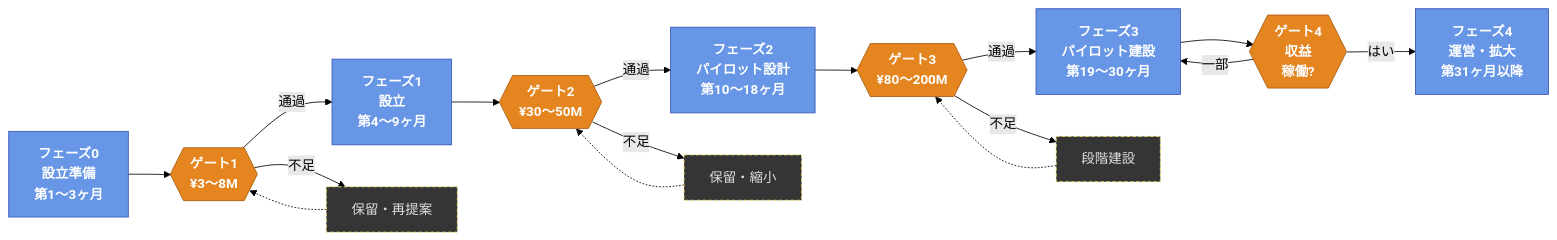
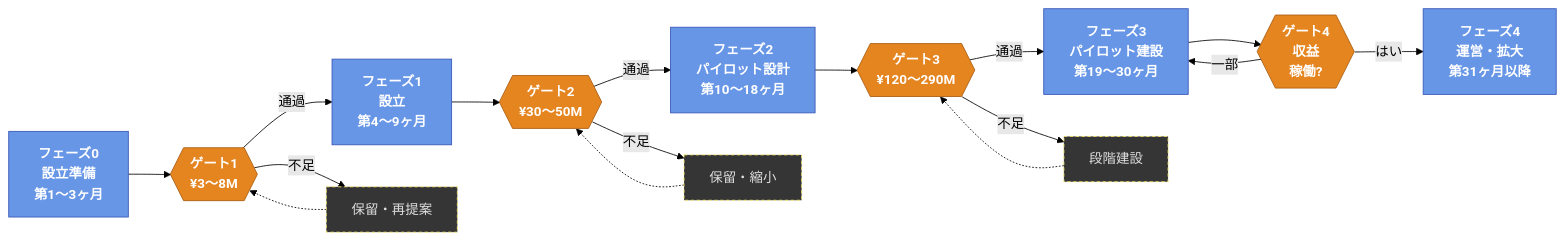
The diagram in README_jp.md (robouden/mitsue-ai-data-center), drawn with Mermaid (forest theme) before and after one commit. The commit also changed other lines of this file and 22 other files, not shown here.

````diff
--- a/README_jp.md
+++ b/README_jp.md
@@ -68,38 +68,38 @@
 ```mermaid
 flowchart LR
     P0["フェーズ0<br/>設立準備<br/>第1〜3ヶ月"]
     P1["フェーズ1<br/>設立<br/>第4〜9ヶ月"]
     P2["フェーズ2<br/>パイロット設計<br/>第10〜18ヶ月"]
     P3["フェーズ3<br/>パイロット建設<br/>第19〜30ヶ月"]
     P4["フェーズ4<br/>運営・拡大<br/>第31ヶ月以降"]
 
     G1{{"ゲート1<br/>¥3〜8M"}}
     G2{{"ゲート2<br/>¥30〜50M"}}
-    G3{{"ゲート3<br/>¥80〜200M"}}
+    G3{{"ゲート3<br/>¥120〜290M"}}
     G4{{"ゲート4<br/>収益<br/>稼働?"}}
 
     H1["保留・再提案"]
     H2["保留・縮小"]
     H3["段階建設"]
 
     P0 --> G1
     G1 -->|通過| P1
     P1 --> G2
     G2 -->|通過| P2
     P2 --> G3
     G3 -->|通過| P3
     P3 --> G4
     G4 -->|はい| P4
 
     G1 -->|不足| H1 -.-> G1
     G2 -->|不足| H2 -.-> G2
     G3 -->|不足| H3 -.-> G3
     G4 -->|一部| P3
 
     classDef phase fill:#6796e6,stroke:#3655b5,stroke-width:1px,color:#FFFFFF,font-weight:bold
     classDef gate  fill:#e58520,stroke:#A85C10,stroke-width:1px,color:#FFFFFF,font-weight:bold
     classDef hold  fill:#353535,stroke:#FCEB6C,stroke-width:1px,color:#DEDEDE,stroke-dasharray:4 3
     class P0,P1,P2,P3,P4 phase
     class G1,G2,G3,G4 gate
     class H1,H2,H3 hold
 ```
````
